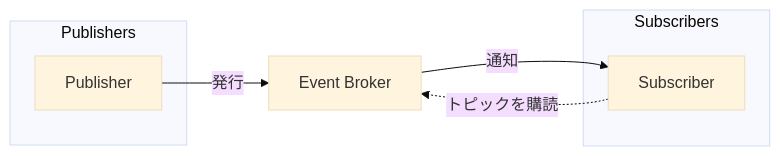
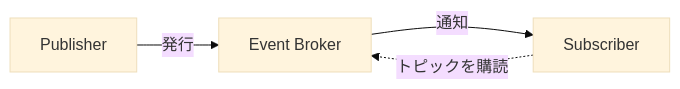
Before and after one commit to yamanoku/zenn-content: the second of 2 diagrams in articles/about-alien-signals.md, drawn with Mermaid (base theme).

````diff
--- a/articles/about-alien-signals.md
+++ b/articles/about-alien-signals.md
@@ -59,18 +59,14 @@
 ```mermaid
 flowchart LR
-    subgraph Publishers
-        P[Publisher]
-    end
+    P[Publisher]
 
     B[Event Broker]
 
-    subgraph Subscribers
-        S[Subscriber]
-    end
+    S[Subscriber]
 
     P -->|発行| B
 
     B -->|通知| S
 
     S -.->|トピックを購読| B
 ```
````
